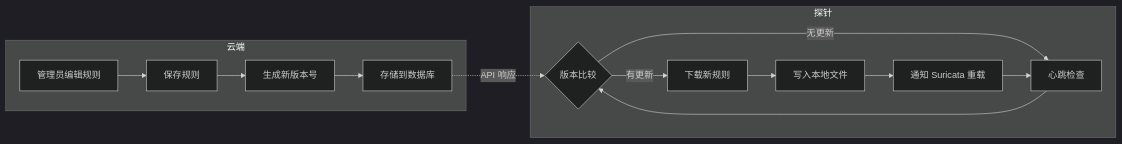
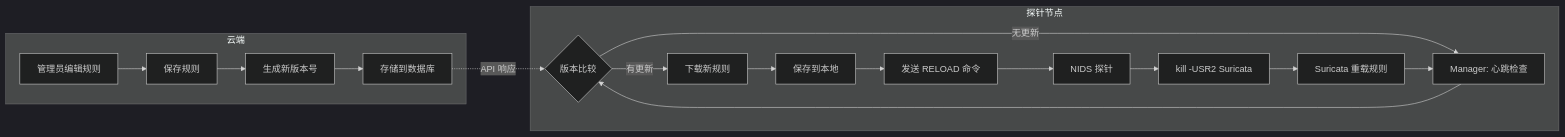
Diagram 11 of 13 in specs/0001-spec.md (chenlehua/ai-idps), drawn with Mermaid (dark theme) before and after one commit. The commit also changed other lines of this file, not shown here.

Commit message:
feat: optimize architecture

````diff
--- a/specs/0001-spec.md
+++ b/specs/0001-spec.md
@@ -307,19 +640,22 @@
 ```mermaid
 flowchart LR
     subgraph 云端
         A[管理员编辑规则] --> B[保存规则]
         B --> C[生成新版本号]
         C --> D[存储到数据库]
     end
 
-    subgraph 探针
-        E[心跳检查] --> F{版本比较}
+    subgraph 探针节点
+        E[Manager: 心跳检查] --> F{版本比较}
         F -->|有更新| G[下载新规则]
-        G --> H[写入本地文件]
-        H --> I[通知 Suricata 重载]
+        G --> H[保存到本地]
+        H --> I[发送 RELOAD 命令]
+        I --> J[NIDS 探针]
+        J --> K[kill -USR2 Suricata]
+        K --> L[Suricata 重载规则]
         F -->|无更新| E
-        I --> E
+        L --> E
     end
 
     D -.->|API 响应| F
 ```
````
